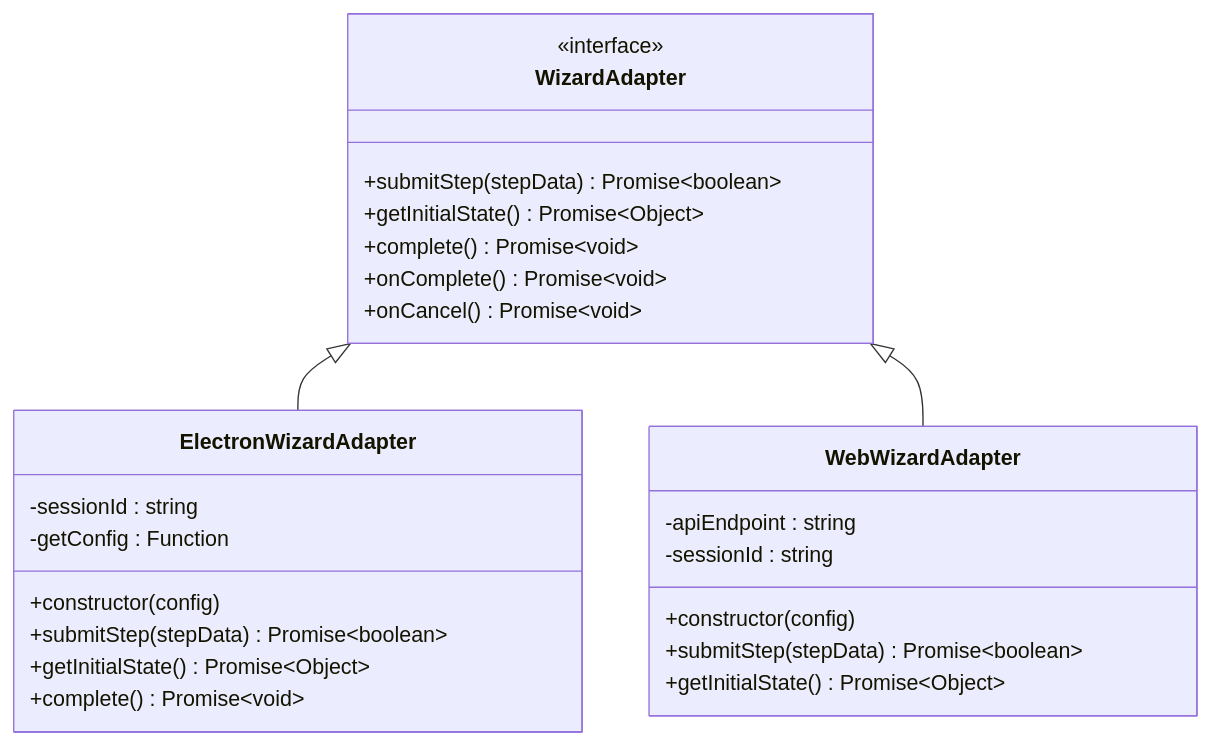
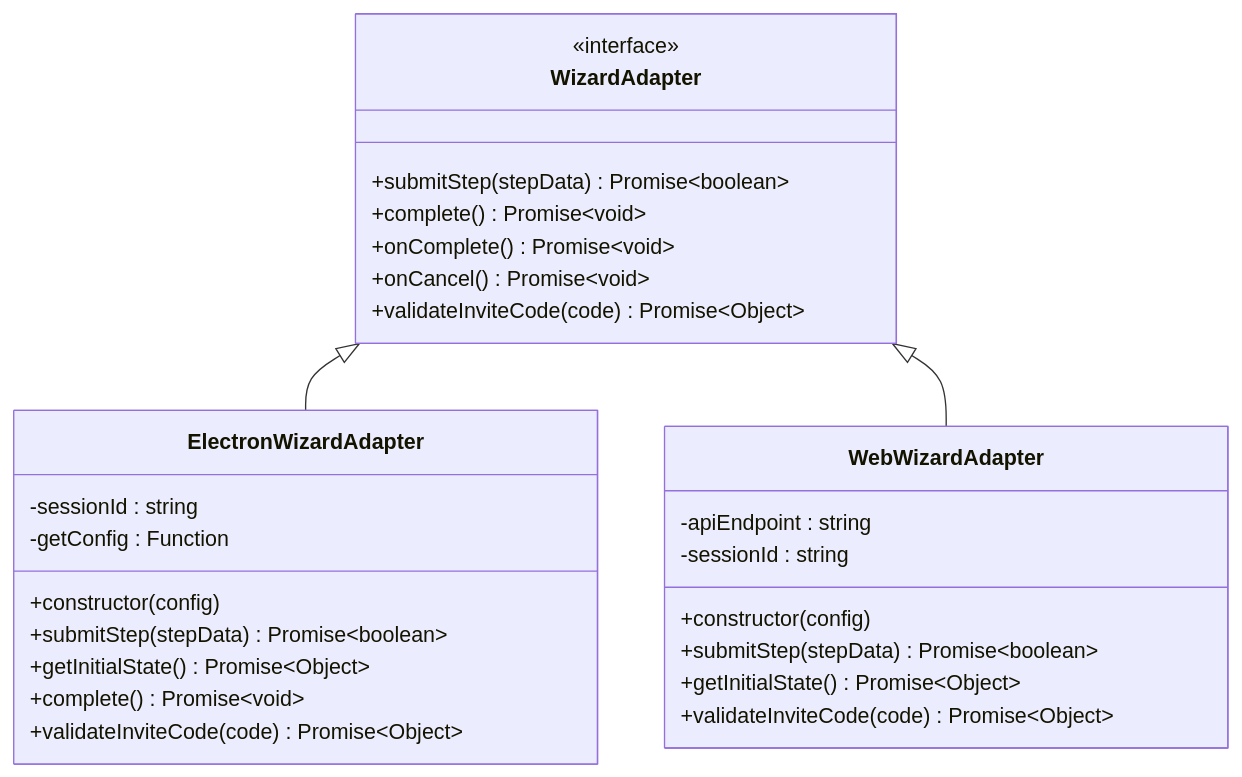
The third of 10 diagrams in .qoder/repowiki/zh/content/设置向导集成指南.md (verse-ai-org/openclaw), drawn with Mermaid before and after one commit. The commit also changed other lines of this file and 24 other files, not shown here.

````diff
--- a/.qoder/repowiki/zh/content/设置向导集成指南.md
+++ b/.qoder/repowiki/zh/content/设置向导集成指南.md
@@ -194,28 +199,30 @@
 ```mermaid
 classDiagram
 class WizardAdapter {
 <<interface>>
 +submitStep(stepData) Promise~boolean~
-+getInitialState() Promise~Object~
 +complete() Promise~void~
 +onComplete() Promise~void~
 +onCancel() Promise~void~
++validateInviteCode(code) Promise~Object~
 }
 class ElectronWizardAdapter {
 -sessionId : string
 -getConfig : Function
 +constructor(config)
 +submitStep(stepData) Promise~boolean~
 +getInitialState() Promise~Object~
 +complete() Promise~void~
++validateInviteCode(code) Promise~Object~
 }
 class WebWizardAdapter {
 -apiEndpoint : string
 -sessionId : string
 +constructor(config)
 +submitStep(stepData) Promise~boolean~
 +getInitialState() Promise~Object~
++validateInviteCode(code) Promise~Object~
 }
 WizardAdapter <|-- ElectronWizardAdapter
 WizardAdapter <|-- WebWizardAdapter
 ```
````
